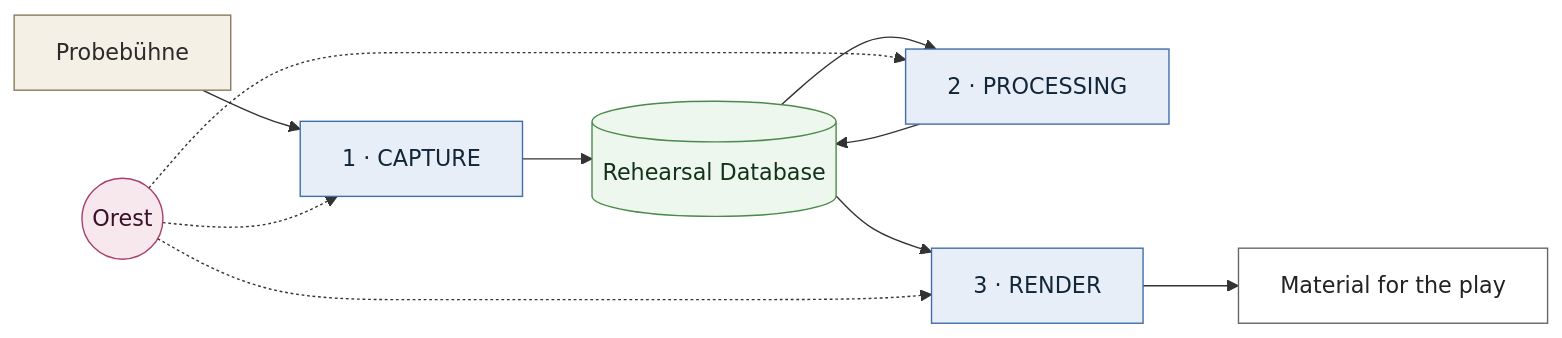
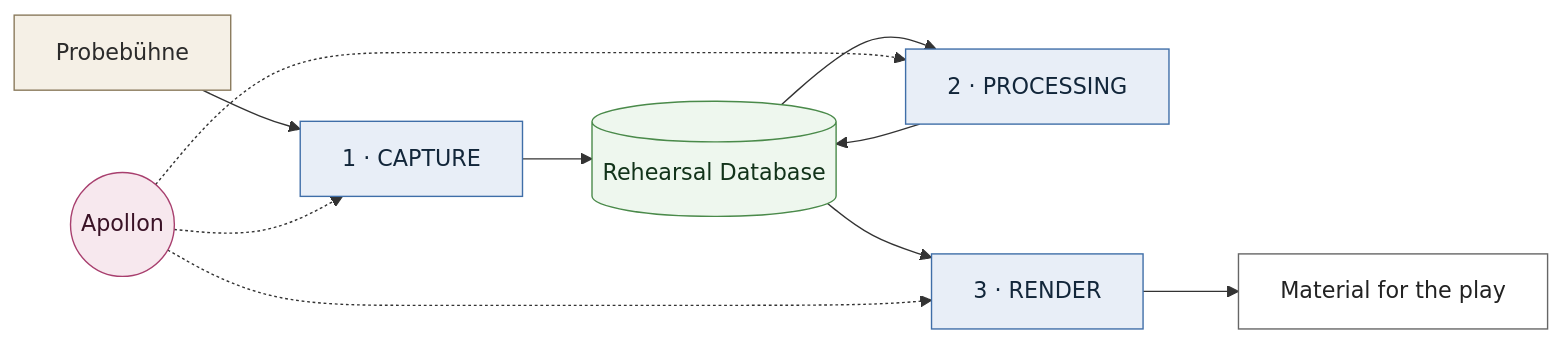
The first of 4 diagrams in knowledge/source_of_truth/pipeline.md (moe5555/orest), drawn with Mermaid before and after one commit. The commit also changed other lines of this file and 67 other files, not shown here.

Commit message:
change name from orest to apollon

````diff
--- a/knowledge/source_of_truth/pipeline.md
+++ b/knowledge/source_of_truth/pipeline.md
@@ -3,19 +3,19 @@
 ```mermaid
 graph LR;
     P[Probebühne]:::stage --> C[1 · CAPTURE]:::mode;
     C --> DB[(Rehearsal Database)]:::store;
     DB --> PR[2 · PROCESSING]:::mode;
     PR --> DB;
     DB --> R[3 · RENDER]:::mode;
     R --> OUT[Material for the play]:::out;
 
-    O((Orest)):::orest -.-> C;
+    O((Apollon)):::apollon -.-> C;
     O -.-> PR;
     O -.-> R;
 
     classDef stage fill:#f5f0e6,stroke:#8a7a5c,color:#2b2b2b;
     classDef mode fill:#e8eef7,stroke:#3f6ea8,color:#12263a;
     classDef store fill:#eef7ee,stroke:#4a8a4a,color:#12331a;
-    classDef orest fill:#f7e8ee,stroke:#a83f6e,color:#3a1226;
+    classDef apollon fill:#f7e8ee,stroke:#a83f6e,color:#3a1226;
     classDef out fill:#fff,stroke:#666,color:#222;
 ```
````
